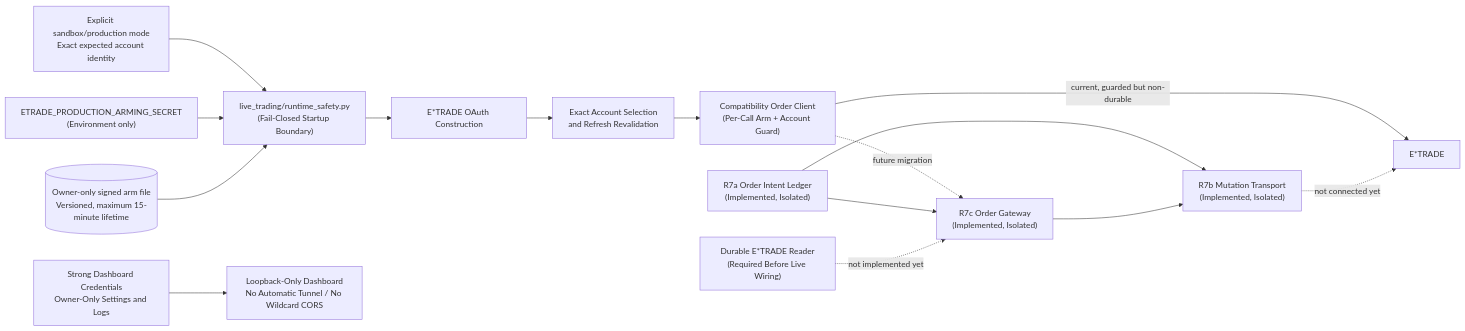
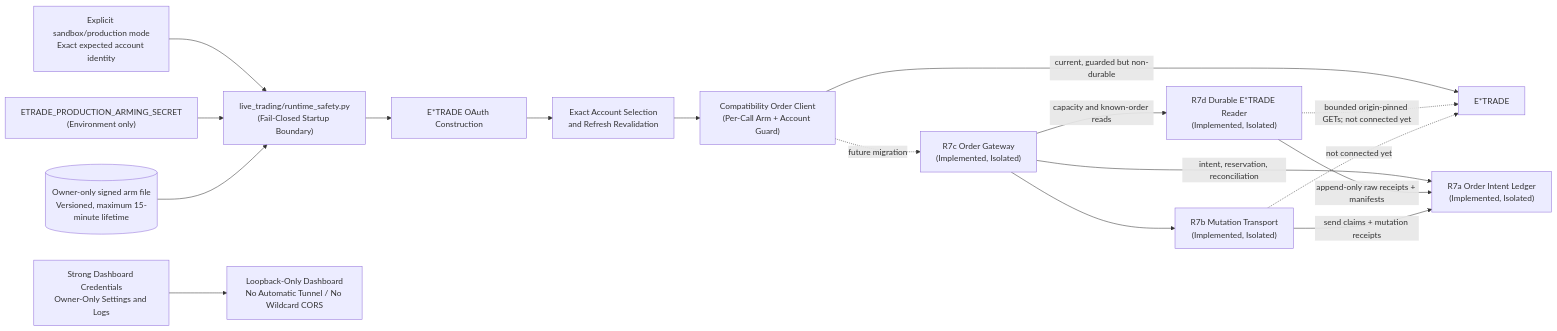
One commit to tbt316/etrade_quant_trading changed the third of 3 diagrams in etrade_python_client/docs/project_overview.md. Above: the diagram before and after it, drawn with Mermaid. The commit also changed other lines of this file and 12 other files, not shown here.

Commit message:
Add durable E*TRADE broker reader

````diff
--- a/etrade_python_client/docs/project_overview.md
+++ b/etrade_python_client/docs/project_overview.md
@@ -141,31 +141,33 @@
 ```mermaid
 flowchart LR
     CLI["Explicit sandbox/production mode<br/>Exact expected account identity"]
     SECRET["ETRADE_PRODUCTION_ARMING_SECRET<br/>(Environment only)"]
     ARM[("Owner-only signed arm file<br/>Versioned, maximum 15-minute lifetime")]
     SAFE["live_trading/runtime_safety.py<br/>(Fail-Closed Startup Boundary)"]
     OAUTH["E*TRADE OAuth Construction"]
     ACCOUNT["Exact Account Selection<br/>and Refresh Revalidation"]
     DASHCFG["Strong Dashboard Credentials<br/>Owner-Only Settings and Logs"]
     DASH["Loopback-Only Dashboard<br/>No Automatic Tunnel / No Wildcard CORS"]
     DIRECT["Compatibility Order Client<br/>(Per-Call Arm + Account Guard)"]
     LEDGER["R7a Order Intent Ledger<br/>(Implemented, Isolated)"]
     TRANSPORT["R7b Mutation Transport<br/>(Implemented, Isolated)"]
     GATE["R7c Order Gateway<br/>(Implemented, Isolated)"]
-    READER["Durable E*TRADE Reader<br/>(Required Before Live Wiring)"]
+    READER["R7d Durable E*TRADE Reader<br/>(Implemented, Isolated)"]
     BROKER["E*TRADE"]
 
     CLI --> SAFE
     SECRET --> SAFE
     ARM --> SAFE
     SAFE --> OAUTH --> ACCOUNT
     DASHCFG --> DASH
     ACCOUNT --> DIRECT
     DIRECT -->|"current, guarded but non-durable"| BROKER
     DIRECT -.->|"future migration"| GATE
-    LEDGER --> GATE
-    LEDGER --> TRANSPORT
-    READER -.->|"not implemented yet"| GATE
+    GATE -->|"intent, reservation, reconciliation"| LEDGER
+    GATE -->|"capacity and known-order reads"| READER
     GATE --> TRANSPORT
+    READER -->|"append-only raw receipts + manifests"| LEDGER
+    TRANSPORT -->|"send claims + mutation receipts"| LEDGER
+    READER -.->|"bounded origin-pinned GETs; not connected yet"| BROKER
     TRANSPORT -.->|"not connected yet"| BROKER
 ```
````
